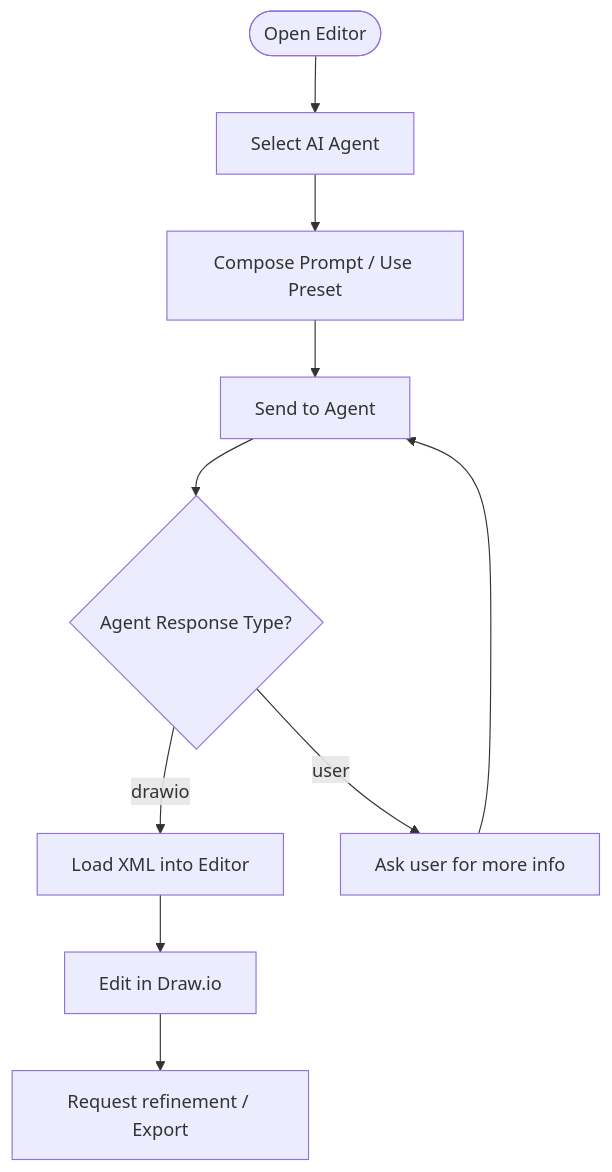
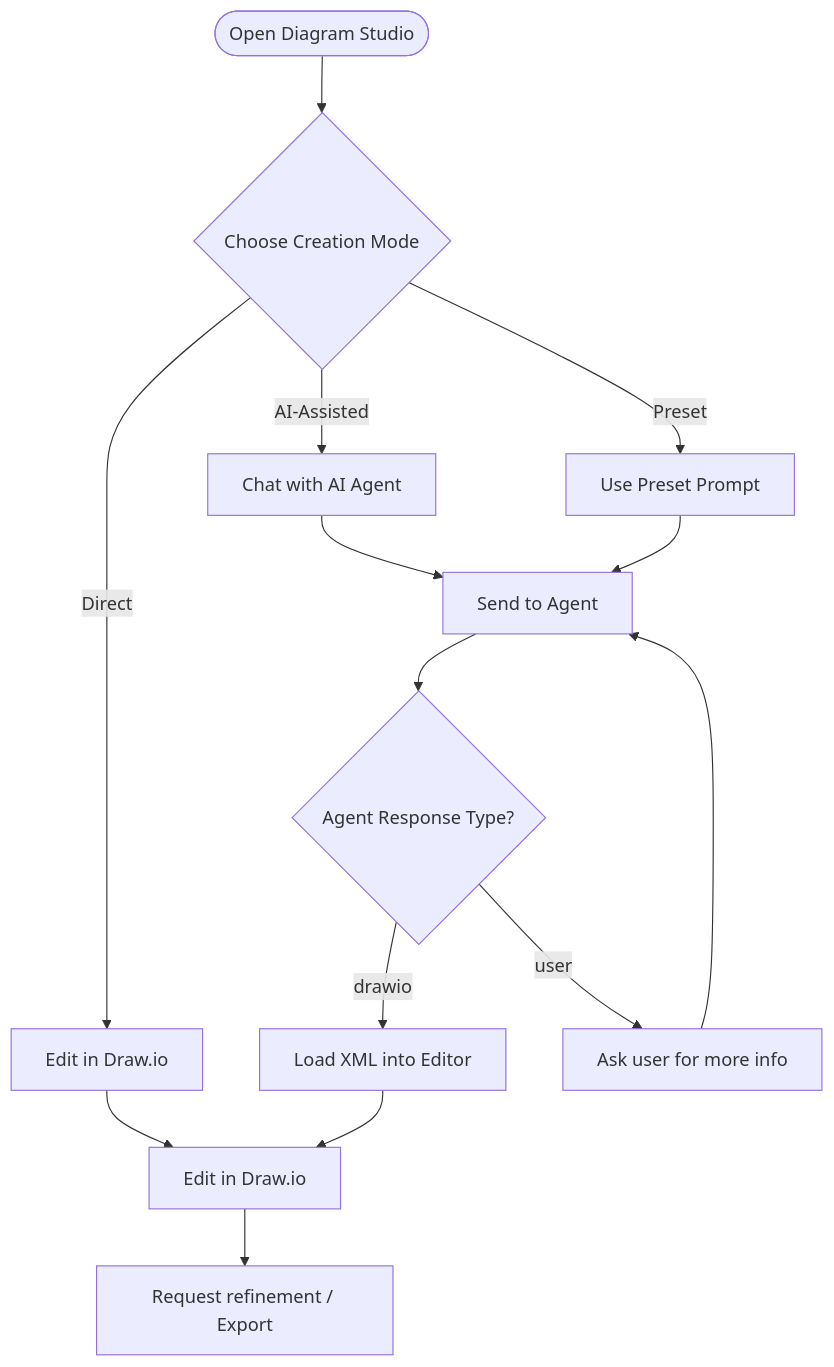
One commit to shrekboss/agent-draw-io-front changed the eighth of 14 diagrams in .qoder/repowiki/en/content/Diagram Editor.md. Above: the diagram before and after it, drawn with Mermaid. The commit also changed other lines of this file and 13 other files, not shown here.

Commit message:
feat(agent-draw-io-front): 优化交互式画图

````diff
--- a/.qoder/repowiki/en/content/Diagram Editor.md
+++ b/.qoder/repowiki/en/content/Diagram Editor.md
@@ -209,12 +384,16 @@
 ```mermaid
 flowchart TD
-Start(["Open Editor"]) --> SelectAgent["Select AI Agent"]
-SelectAgent --> Prompt["Compose Prompt / Use Preset"]
-Prompt --> Send["Send to Agent"]
+Start(["Open Diagram Studio"]) --> Mode{"Choose Creation Mode"}
+Mode --> |Direct| DirectEdit["Edit in Draw.io"]
+Mode --> |AI-Assisted| ChatFlow["Chat with AI Agent"]
+Mode --> |Preset| PresetFlow["Use Preset Prompt"]
+DirectEdit --> Edit["Edit in Draw.io"]
+ChatFlow --> Send["Send to Agent"]
+PresetFlow --> Send
 Send --> Response{"Agent Response Type?"}
 Response --> |drawio| LoadXML["Load XML into Editor"]
 Response --> |user| Clarify["Ask user for more info"]
-LoadXML --> Edit["Edit in Draw.io"]
+LoadXML --> Edit
 Clarify --> Send
 Edit --> Refine["Request refinement / Export"]
 ```
````
